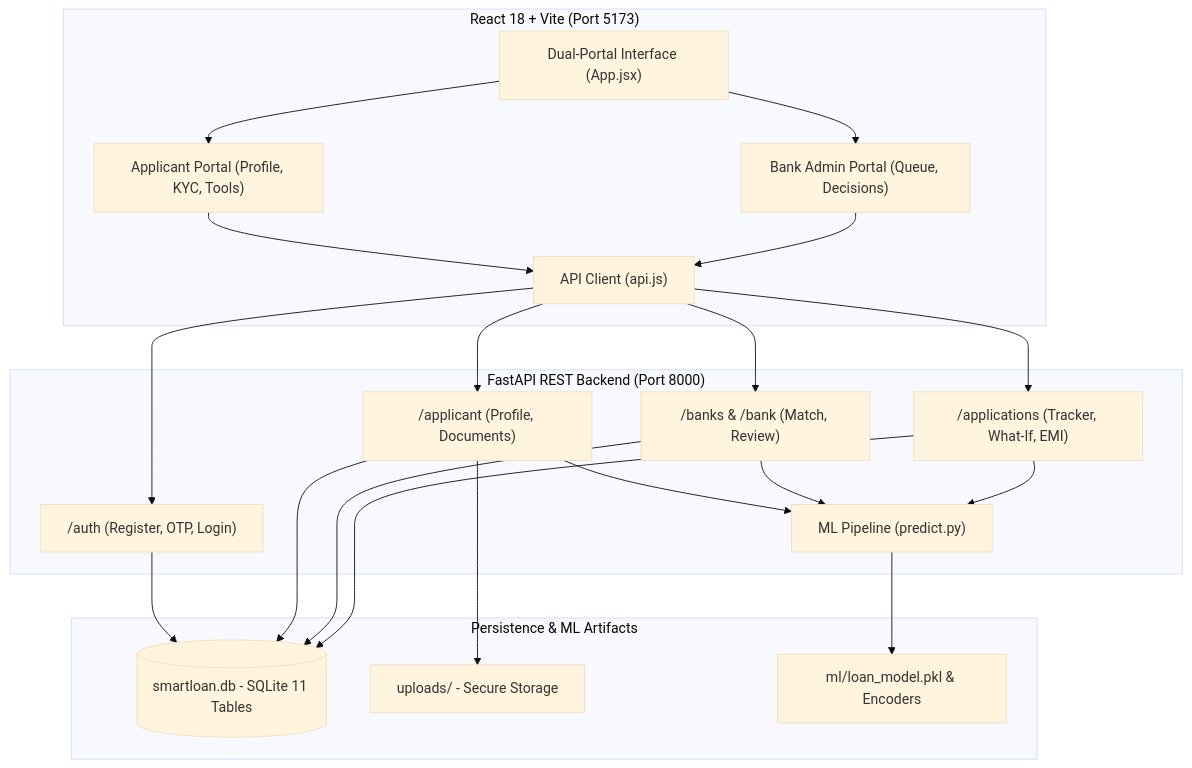
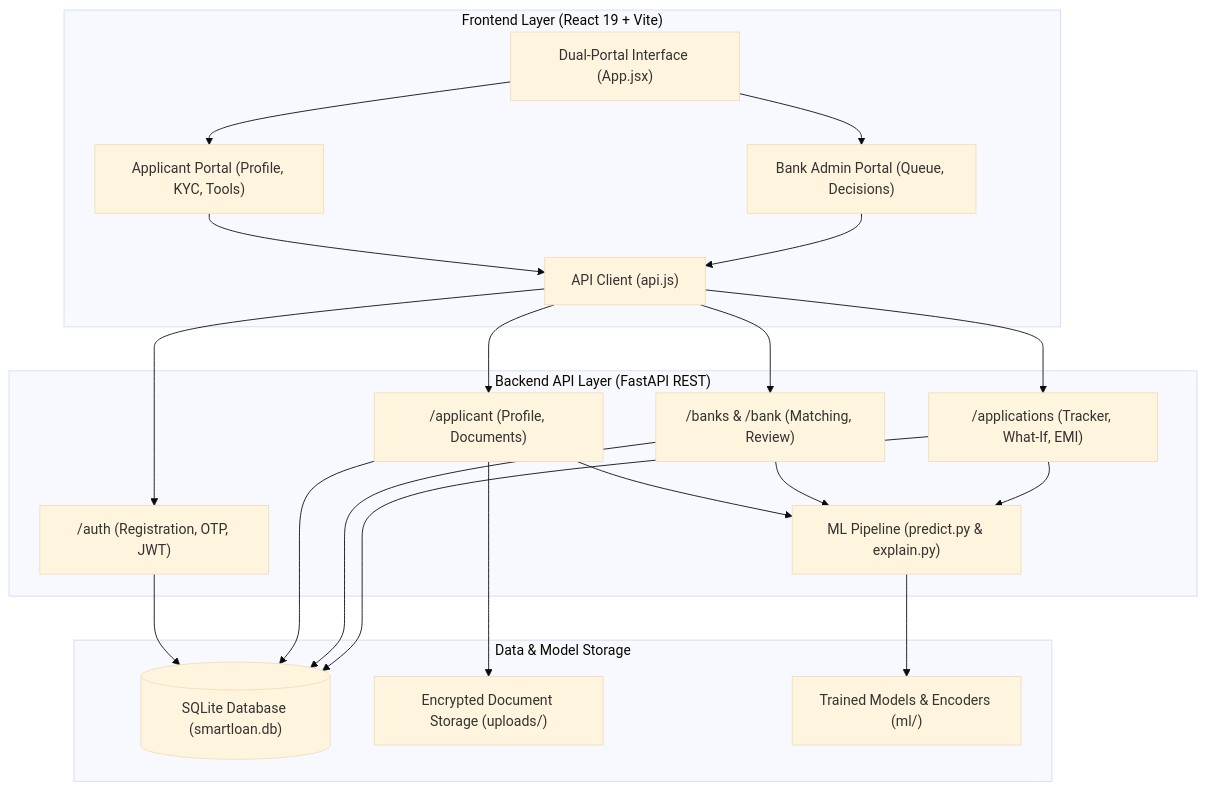
One commit to pranshupachisia1756/SmartLoanAI changed the diagram in README.md. Above: the diagram before and after it, drawn with Mermaid (base theme). The commit also changed other lines of this file, not shown here.

````diff
--- a/README.md
+++ b/README.md
@@ -9,43 +58,43 @@
 ```mermaid
 flowchart TD
-    subgraph Frontend["React 18 + Vite (Port 5173)"]
+    subgraph Client["Frontend Layer (React 19 + Vite)"]
         UI["Dual-Portal Interface (App.jsx)"]
         AP["Applicant Portal (Profile, KYC, Tools)"]
         BP["Bank Admin Portal (Queue, Decisions)"]
-        API["API Client (api.js)"]
+        APIClient["API Client (api.js)"]
         UI --> AP
         UI --> BP
-        AP --> API
-        BP --> API
+        AP --> APIClient
+        BP --> APIClient
     end
 
-    subgraph Backend["FastAPI REST Backend (Port 8000)"]
-        Auth["/auth (Register, OTP, Login)"]
-        AppRouter["/applicant (Profile, Documents)"]
-        BankRouter["/banks & /bank (Match, Review)"]
-        LoanRouter["/applications (Tracker, What-If, EMI)"]
-        ML["ML Pipeline (predict.py)"]
+    subgraph Service["Backend API Layer (FastAPI REST)"]
+        AuthService["/auth (Registration, OTP, JWT)"]
+        ApplicantService["/applicant (Profile, Documents)"]
+        BankService["/banks & /bank (Matching, Review)"]
+        LoanService["/applications (Tracker, What-If, EMI)"]
+        MLEngine["ML Pipeline (predict.py & explain.py)"]
     end
 
-    subgraph Storage["Persistence & ML Artifacts"]
-        DB[(smartloan.db - SQLite 11 Tables)]
-        Docs[uploads/ - Secure Storage]
-        Models[ml/loan_model.pkl & Encoders]
+    subgraph Storage["Data & Model Storage"]
+        Database[("SQLite Database (smartloan.db)")]
+        DocStore["Encrypted Document Storage (uploads/)"]
+        ModelStore["Trained Models & Encoders (ml/)"]
     end
 
-    API --> Auth
-    API --> AppRouter
-    API --> BankRouter
-    API --> LoanRouter
+    APIClient --> AuthService
+    APIClient --> ApplicantService
+    APIClient --> BankService
+    APIClient --> LoanService
 
-    Auth --> DB
-    AppRouter --> DB
-    AppRouter --> Docs
-    BankRouter --> DB
-    LoanRouter --> DB
+    AuthService --> Database
+    ApplicantService --> Database
+    ApplicantService --> DocStore
+    BankService --> Database
+    LoanService --> Database
 
-    AppRouter --> ML
-    BankRouter --> ML
-    LoanRouter --> ML
-    ML --> Models
+    ApplicantService --> MLEngine
+    BankService --> MLEngine
+    LoanService --> MLEngine
+    MLEngine --> ModelStore
 ```
````
